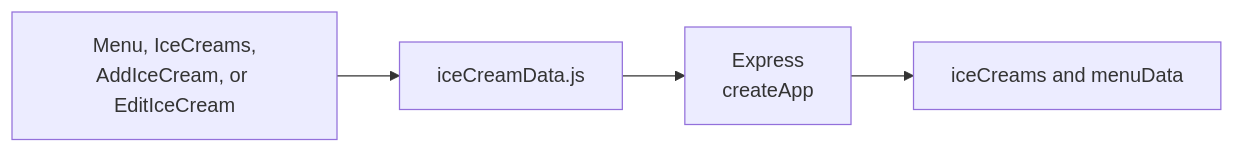
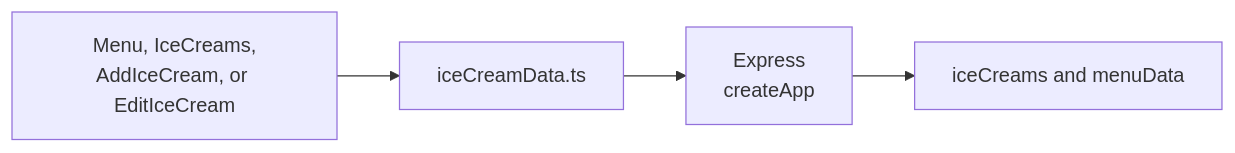
One commit to SDS37/react-crud-hooks-example changed the second of 6 diagrams in docs/architecture.md. Above: the diagram before and after it, drawn with Mermaid. The commit also changed other lines of this file and 25 other files, not shown here.

````diff
--- a/docs/architecture.md
+++ b/docs/architecture.md
@@ -45,8 +45,8 @@
 ```mermaid
 flowchart LR
   Page["Menu, IceCreams,\nAddIceCream, or EditIceCream"]
-  Data["iceCreamData.js"]
+  Data["iceCreamData.ts"]
   API["Express\ncreateApp"]
   Store["iceCreams and menuData"]
   Page --> Data --> API --> Store
 ```
````
